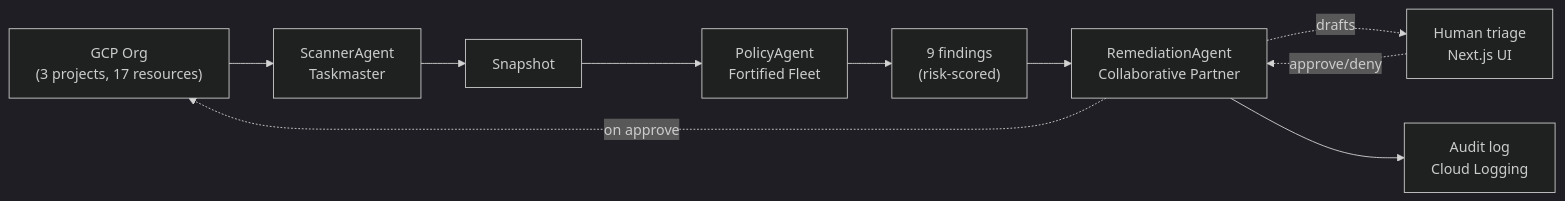
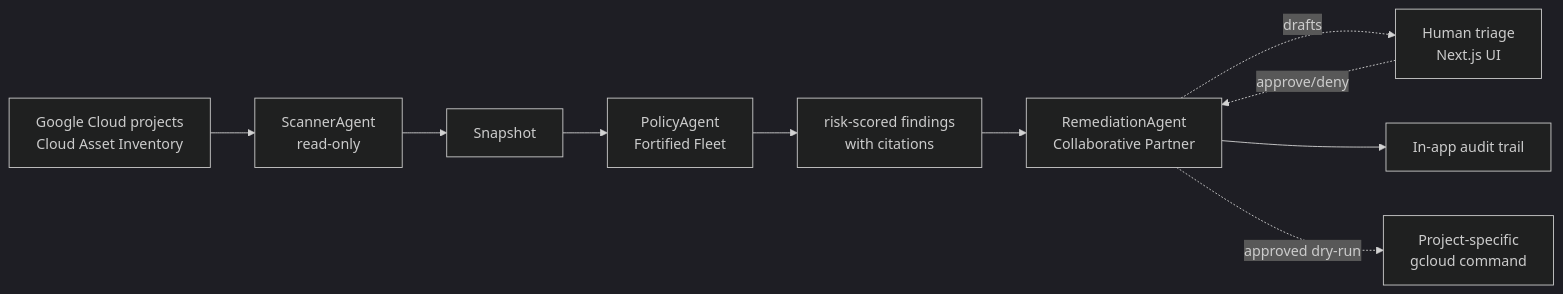
The diagram in README.md (jeromtom/fleetops-ai), drawn with Mermaid (dark theme) before and after one commit. The commit also changed other lines of this file and 23 other files, not shown here.

Commit message:
Run FleetOps against dedicated live GCP project

````diff
--- a/README.md
+++ b/README.md
@@ -20,12 +20,12 @@
 ```mermaid
 graph LR
-    GCP["GCP Org<br/>(3 projects, 17 resources)"] --> S[ScannerAgent<br/>Taskmaster]
+    GCP["Google Cloud projects<br/>Cloud Asset Inventory"] --> S[ScannerAgent<br/>read-only]
     S --> Snap["Snapshot"]
     Snap --> P[PolicyAgent<br/>Fortified Fleet]
-    P --> F["9 findings<br/>(risk-scored)"]
+    P --> F["risk-scored findings<br/>with citations"]
     F --> R[RemediationAgent<br/>Collaborative Partner]
     R -.drafts.-> UI[Human triage<br/>Next.js UI]
     UI -.approve/deny.-> R
-    R --> AL[Audit log<br/>Cloud Logging]
-    R -.on approve.-> GCP
+    R --> AL[In-app audit trail]
+    R -.approved dry-run.-> CMD[Project-specific<br/>gcloud command]
 ```
````
